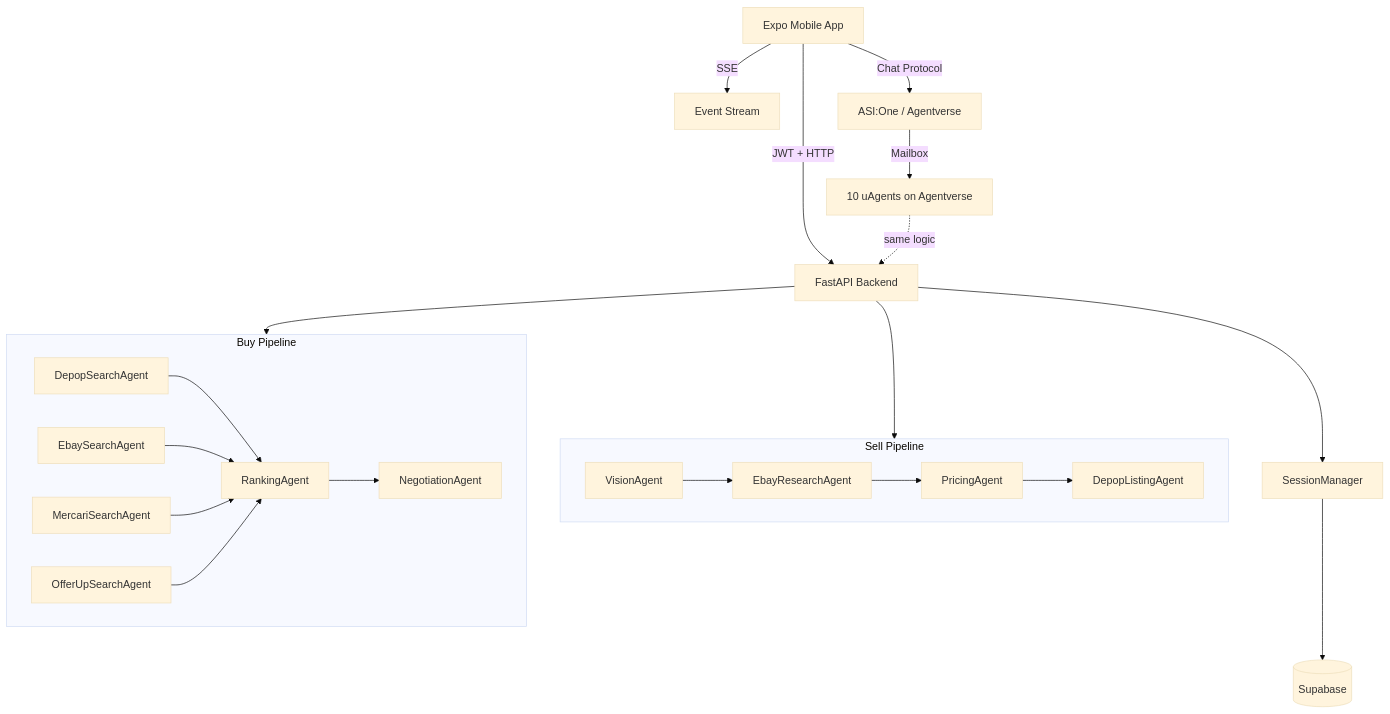
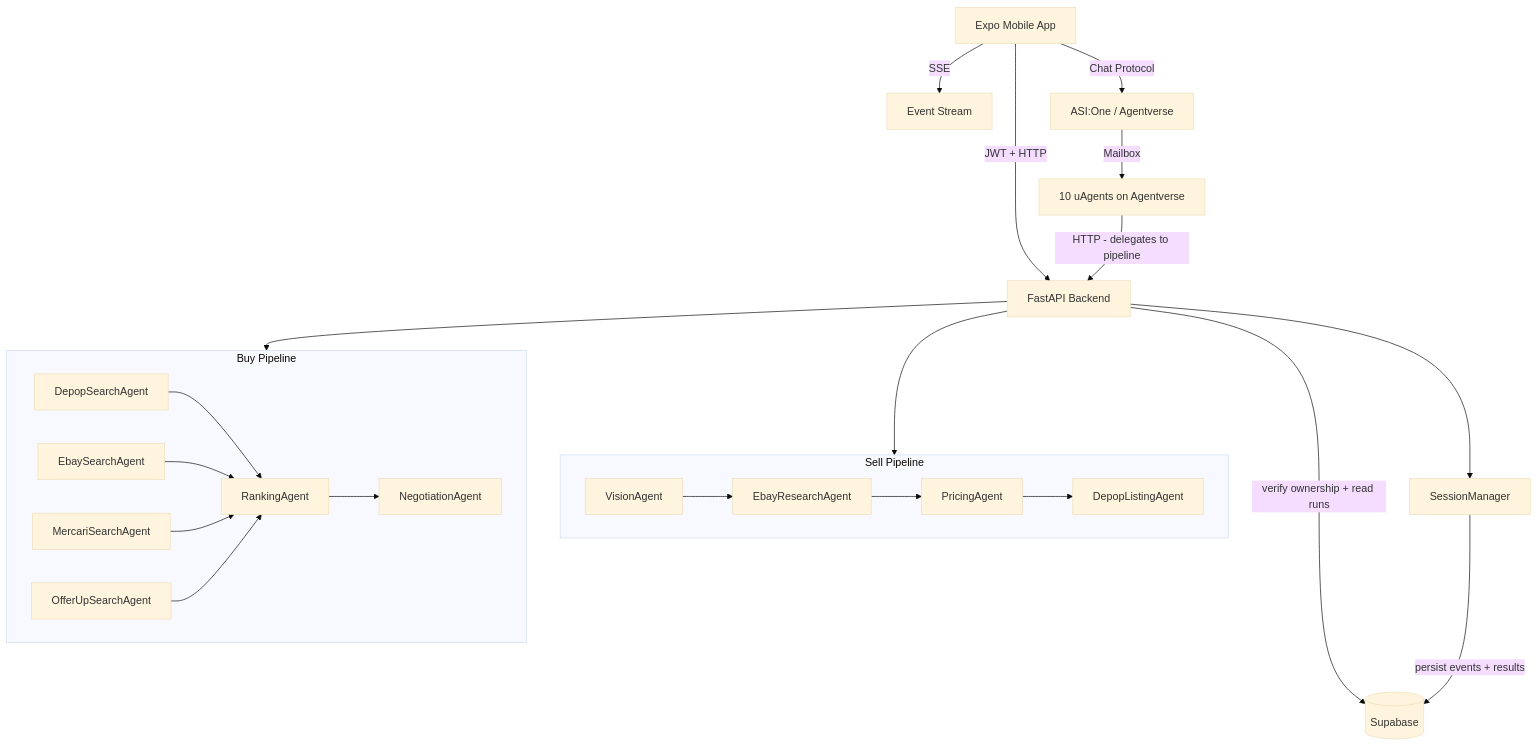
The diagram in README.md (Jay-Thpr/FlipIt), drawn with Mermaid (base theme) before and after one commit.

Commit message:
updated readme flowchart

````diff
--- a/README.md
+++ b/README.md
@@ -116,29 +116,30 @@
 ```mermaid
 flowchart TD
     App[Expo Mobile App] -->|JWT + HTTP| API[FastAPI Backend]
     App -->|SSE| Stream[Event Stream]
     App -->|Chat Protocol| ASI[ASI:One / Agentverse]
 
     API --> SellPipeline
     API --> BuyPipeline
 
     subgraph SellPipeline [Sell Pipeline]
         V[VisionAgent] --> E[EbayResearchAgent]
         E --> P[PricingAgent]
         P --> D[DepopListingAgent]
     end
 
     subgraph BuyPipeline [Buy Pipeline]
         DS[DepopSearchAgent] --> R[RankingAgent]
         ES[EbaySearchAgent] --> R
         MS[MercariSearchAgent] --> R
         OS[OfferUpSearchAgent] --> R
         R --> N[NegotiationAgent]
     end
 
+    API -->|verify ownership + read runs| DB[(Supabase)]
     API --> SM[SessionManager]
-    SM --> DB[(Supabase)]
+    SM -->|persist events + results| DB
 
     ASI -->|Mailbox| Agents[10 uAgents on Agentverse]
-    Agents -.->|same logic| API
+    Agents -->|HTTP - delegates to pipeline| API
 ```
````
